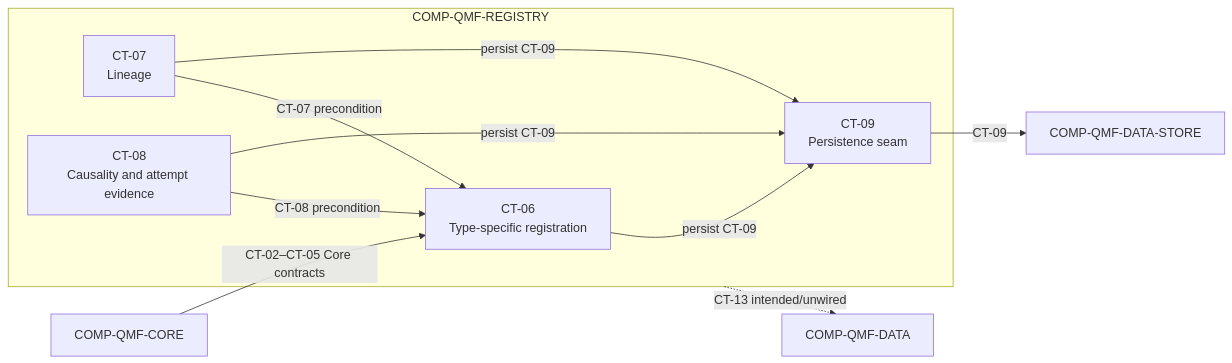
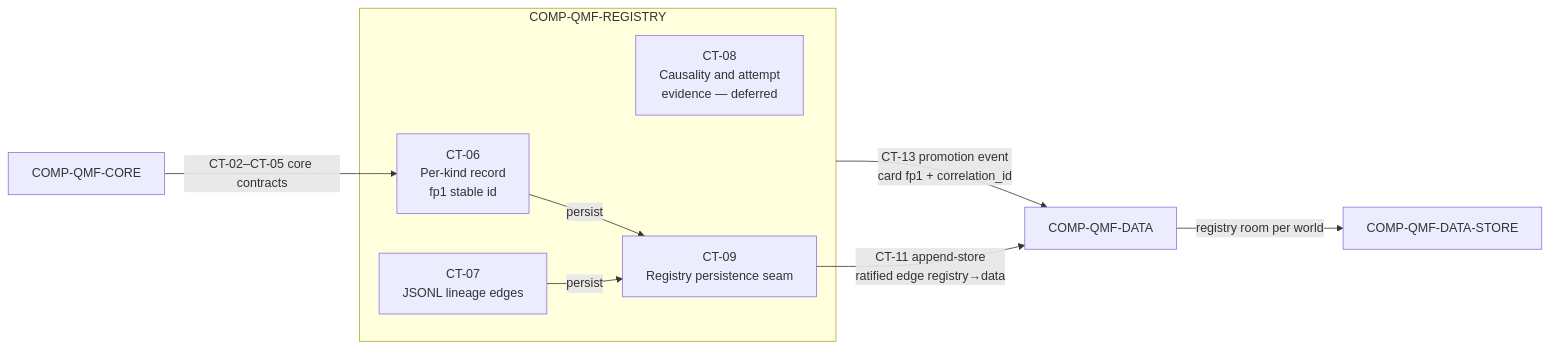
One commit to MubarakHimself/QMX changed the diagram in docs/components/qmf-registry.md. Above: the diagram before and after it, drawn with Mermaid. The commit also changed other lines of this file and 183 other files, not shown here.

````diff
--- a/docs/components/qmf-registry.md
+++ b/docs/components/qmf-registry.md
@@ -61,20 +64,18 @@
 ```mermaid
 flowchart LR
     core[COMP-QMF-CORE]
     subgraph registry[COMP-QMF-REGISTRY]
-        identity[CT-06<br/>Type-specific registration]
-        lineage[CT-07<br/>Lineage]
-        gate[CT-08<br/>Causality and attempt evidence]
-        persistence[CT-09<br/>Persistence seam]
-        lineage -->|"CT-07 precondition"| identity
-        gate -->|"CT-08 precondition"| identity
-        identity -->|"persist CT-09"| persistence
-        lineage -->|"persist CT-09"| persistence
-        gate -->|"persist CT-09"| persistence
+        record[CT-06<br/>Per-kind record<br/>fp1 stable id]
+        lineage[CT-07<br/>JSONL lineage edges]
+        gate[CT-08<br/>Causality and attempt<br/>evidence — deferred]
+        persistence[CT-09<br/>Registry persistence seam]
+        record -->|"persist"| persistence
+        lineage -->|"persist"| persistence
     end
+    data[COMP-QMF-DATA]
     store[COMP-QMF-DATA-STORE]
-    data_api[COMP-QMF-DATA]
-    core -->|"CT-02–CT-05 Core contracts"| identity
-    persistence -->|"CT-09"| store
-    registry -.->|"CT-13 intended/unwired"| data_api
+    core -->|"CT-02–CT-05 core contracts"| record
+    persistence -->|"CT-11 append-store<br/>ratified edge registry→data"| data
+    data -->|"registry room per world"| store
+    registry -->|"CT-13 promotion event<br/>card fp1 + correlation_id"| data
 ```
````
